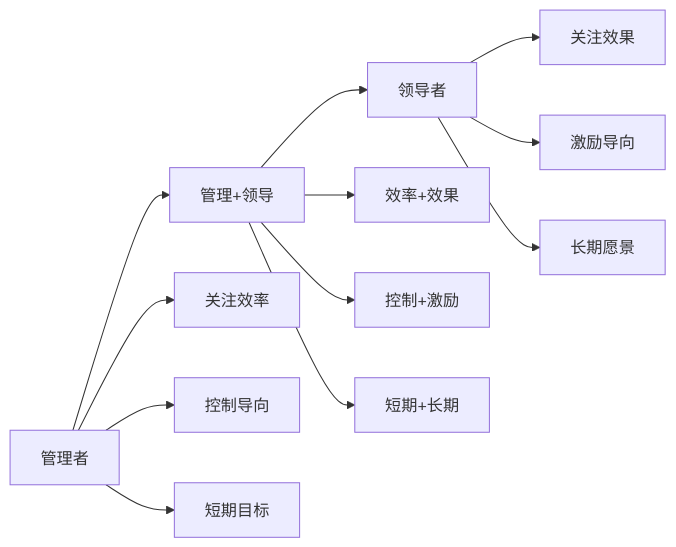
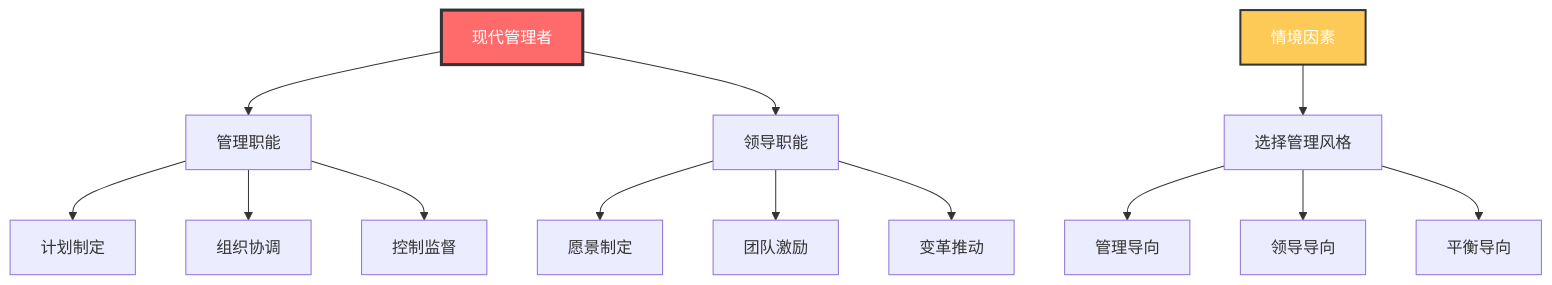
The fourth of 4 diagrams in 企业领导力/01-基础认知层/02-管理者vs领导者.md (Anping2017/obsidian), drawn with Mermaid before and after one commit. The commit also changed other lines of this file and 8 other files, not shown here.

````diff
--- a/企业领导力/01-基础认知层/02-管理者vs领导者.md
+++ b/企业领导力/01-基础认知层/02-管理者vs领导者.md
@@ -178,17 +110,21 @@
 ```mermaid
-graph LR
-    A[管理者] --> B[管理+领导]
-    B --> C[领导者]
+graph TD
+    A[现代管理者] --> B[管理职能]
+    A --> C[领导职能]
     
-    A --> A1[关注效率]
-    A --> A2[控制导向]
-    A --> A3[短期目标]
+    B --> B1[计划制定]
+    B --> B2[组织协调]
+    B --> B3[控制监督]
     
-    B --> B1[效率+效果]
-    B --> B2[控制+激励]
-    B --> B3[短期+长期]
+    C --> C1[愿景制定]
+    C --> C2[团队激励]
+    C --> C3[变革推动]
     
-    C --> C1[关注效果]
-    C --> C2[激励导向]
-    C --> C3[长期愿景]
+    D[情境因素] --> E[选择管理风格]
+    E --> F[管理导向]
+    E --> G[领导导向]
+    E --> H[平衡导向]
+    
+    style A fill:#ff6b6b,stroke:#333,stroke-width:3px,color:#fff
+    style D fill:#feca57,stroke:#333,stroke-width:2px,color:#fff
 ```
````
